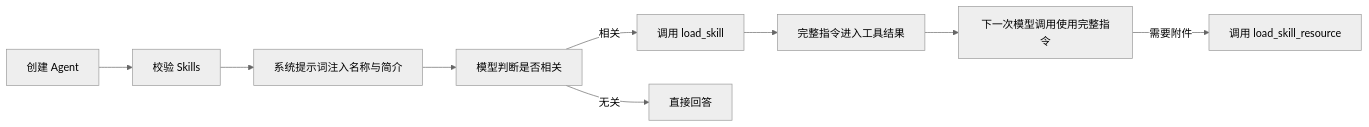
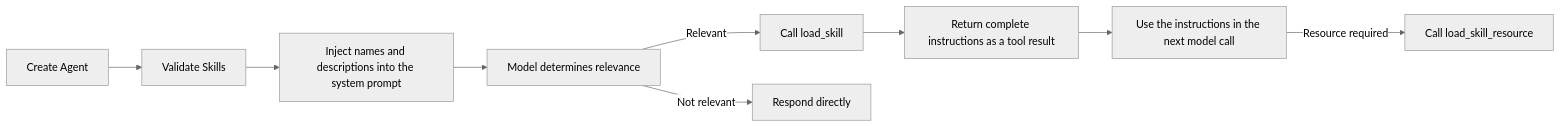
Before and after one commit to go-kratos/blades: the diagram in docs/design-skills.md, drawn with Mermaid (neutral theme). The commit also changed other lines of this file, not shown here.

Commit message:
docs(skills): translate design document to English

````diff
--- a/docs/design-skills.md
+++ b/docs/design-skills.md
@@ -22,11 +22,11 @@
 ```mermaid
 flowchart LR
-    A["创建 Agent"] --> B["校验 Skills"]
-    B --> C["系统提示词注入名称与简介"]
-    C --> D["模型判断是否相关"]
-    D -->|"相关"| E["调用 load_skill"]
-    E --> F["完整指令进入工具结果"]
-    F --> G["下一次模型调用使用完整指令"]
-    G -->|"需要附件"| H["调用 load_skill_resource"]
-    D -->|"无关"| I["直接回答"]
+    A["Create Agent"] --> B["Validate Skills"]
+    B --> C["Inject names and descriptions into the system prompt"]
+    C --> D["Model determines relevance"]
+    D -->|"Relevant"| E["Call load_skill"]
+    E --> F["Return complete instructions as a tool result"]
+    F --> G["Use the instructions in the next model call"]
+    G -->|"Resource required"| H["Call load_skill_resource"]
+    D -->|"Not relevant"| I["Respond directly"]
 ```
````
